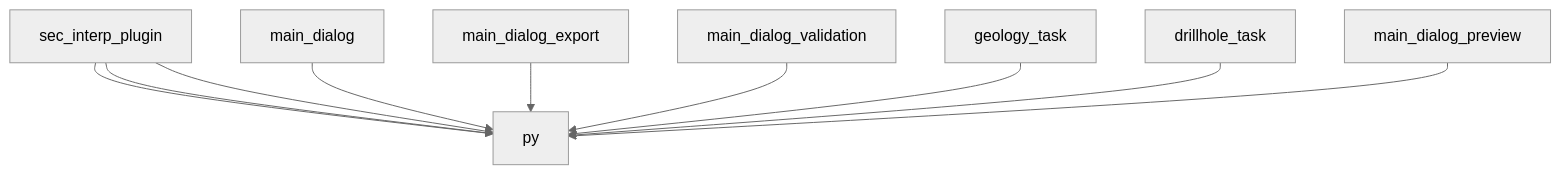
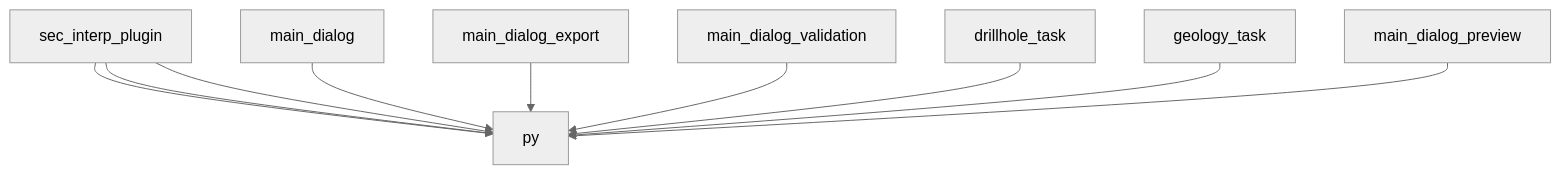
The diagram in AI_CONTEXT.md (geociencio/sec_interp), drawn with Mermaid (neutral theme) before and after one commit. The commit also changed other lines of this file and 2 other files, not shown here.

````diff
--- a/AI_CONTEXT.md
+++ b/AI_CONTEXT.md
@@ -115,12 +115,12 @@
 ```mermaid
 graph TD
     sec_interp_plugin --> py
     sec_interp_plugin --> py
     sec_interp_plugin --> py
     main_dialog --> py
     main_dialog_export --> py
     main_dialog_validation --> py
+    drillhole_task --> py
     geology_task --> py
-    drillhole_task --> py
     main_dialog_preview --> py
 ```
````
